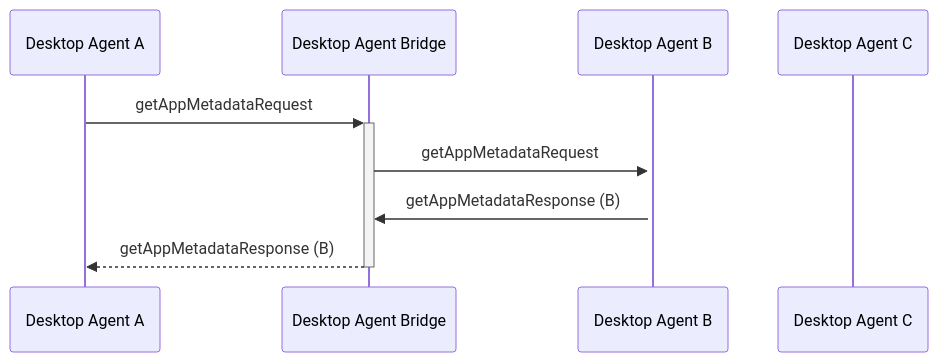
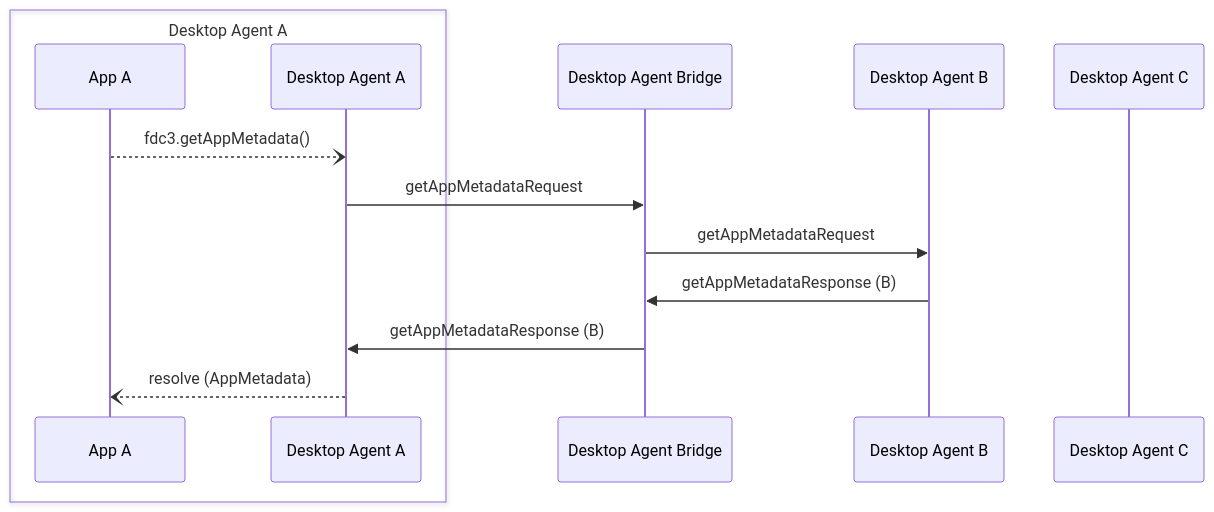
One commit to finos/FDC3 changed the diagram in docs/agent-bridging/ref/getAppMetadata.md. Above: the diagram before and after it, drawn with Mermaid. The commit also changed 12 other files, not shown here.

First line of the commit message:
Add the app to each reference page mermaid diagram to clarify how mes… (#80)

````diff
--- a/docs/agent-bridging/ref/getAppMetadata.md
+++ b/docs/agent-bridging/ref/getAppMetadata.md
@@ -26,11 +26,16 @@
 ```mermaid
 sequenceDiagram
+    box Desktop Agent A
+    participant AA as App A
     participant DA as Desktop Agent A
+    end
     participant DAB as Desktop Agent Bridge
     participant DB as Desktop Agent B
     participant DC as Desktop Agent C
-    DA ->>+ DAB: getAppMetadataRequest
-    DAB ->>+ DB: getAppMetadataRequest
+    AA --) DA: fdc3.getAppMetadata()
+    DA ->> DAB: getAppMetadataRequest
+    DAB ->> DB: getAppMetadataRequest
     DB ->> DAB: getAppMetadataResponse (B)
-    DAB -->>- DA: getAppMetadataResponse (B)
+    DAB ->> DA: getAppMetadataResponse (B)
+    DA --) AA: resolve (AppMetadata)
 ```
````
